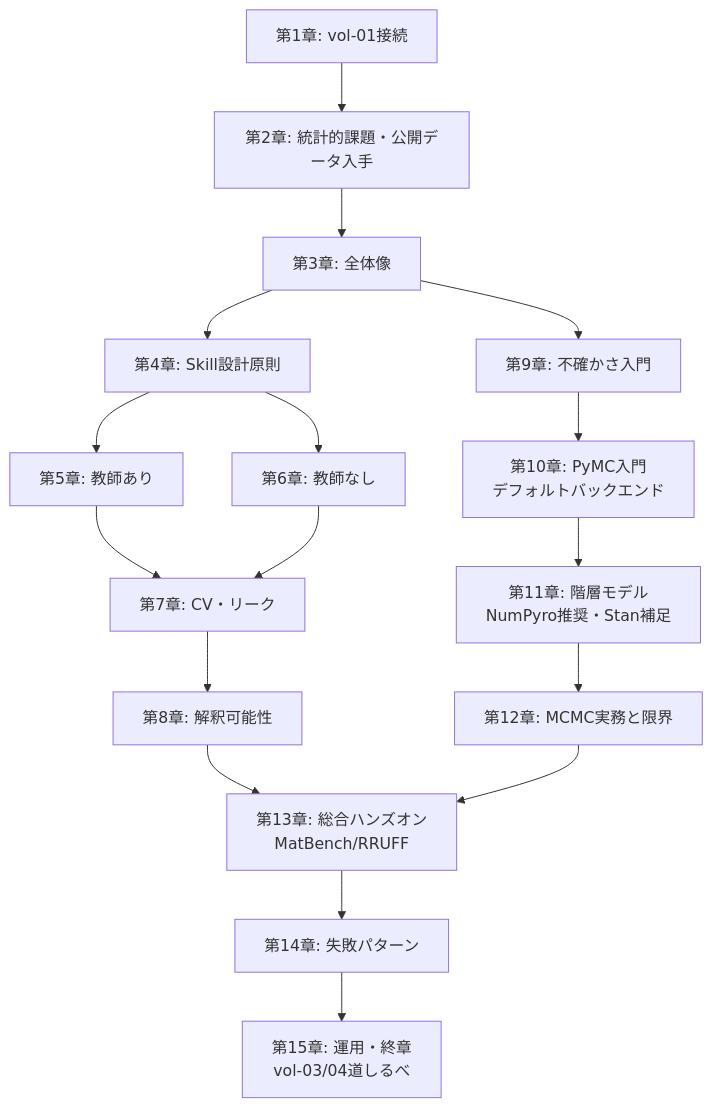
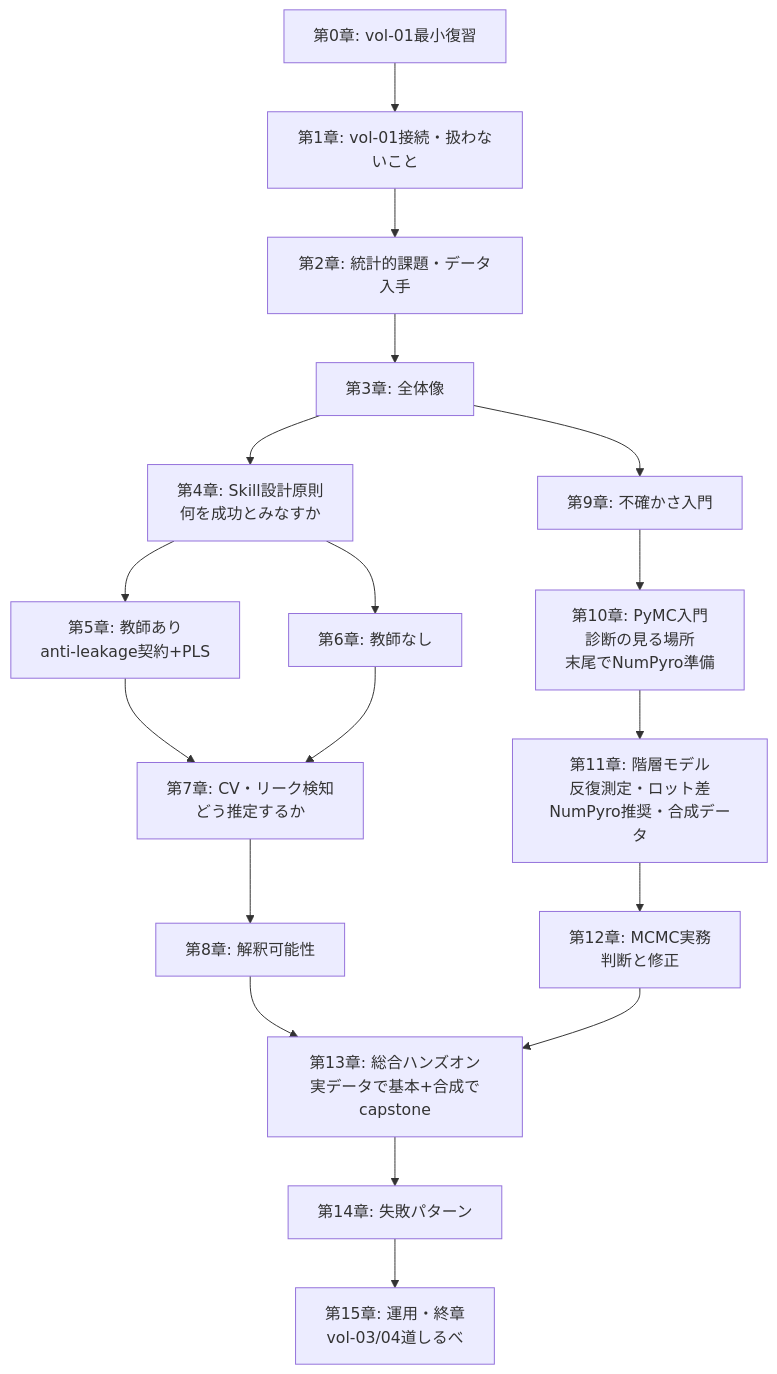
Before and after one commit to nahisaho/agentic-data-analysis-cookbook: the diagram in papers/vol-02/chapter-outline.md, drawn with Mermaid. The commit also changed other lines of this file, not shown here.

First line of the commit message:
docs(vol-02): 章構成 v0.3 (rubber-duck review 反映)

````diff
--- a/papers/vol-02/chapter-outline.md
+++ b/papers/vol-02/chapter-outline.md
@@ -169,19 +189,20 @@
 ```mermaid
 flowchart TD
-    C1[第1章: vol-01接続] --> C2[第2章: 統計的課題・公開データ入手]
+    C0[第0章: vol-01最小復習] --> C1[第1章: vol-01接続・扱わないこと]
+    C1 --> C2[第2章: 統計的課題・データ入手]
     C2 --> C3[第3章: 全体像]
-    C3 --> C4[第4章: Skill設計原則]
-    C4 --> C5[第5章: 教師あり]
+    C3 --> C4[第4章: Skill設計原則<br/>何を成功とみなすか]
+    C4 --> C5[第5章: 教師あり<br/>anti-leakage契約+PLS]
     C4 --> C6[第6章: 教師なし]
-    C5 --> C7[第7章: CV・リーク]
+    C5 --> C7[第7章: CV・リーク検知<br/>どう推定するか]
     C6 --> C7
     C7 --> C8[第8章: 解釈可能性]
     C3 --> C9[第9章: 不確かさ入門]
-    C9 --> C10[第10章: PyMC入門<br/>デフォルトバックエンド]
-    C10 --> C11[第11章: 階層モデル<br/>NumPyro推奨・Stan補足]
-    C11 --> C12[第12章: MCMC実務と限界]
-    C8 --> C13[第13章: 総合ハンズオン<br/>MatBench/RRUFF]
+    C9 --> C10[第10章: PyMC入門<br/>診断の見る場所<br/>末尾でNumPyro準備]
+    C10 --> C11[第11章: 階層モデル<br/>反復測定・ロット差<br/>NumPyro推奨・合成データ]
+    C11 --> C12[第12章: MCMC実務<br/>判断と修正]
+    C8 --> C13[第13章: 総合ハンズオン<br/>実データで基本+合成でcapstone]
     C12 --> C13
     C13 --> C14[第14章: 失敗パターン]
     C14 --> C15[第15章: 運用・終章<br/>vol-03/04道しるべ]
 ```
````
